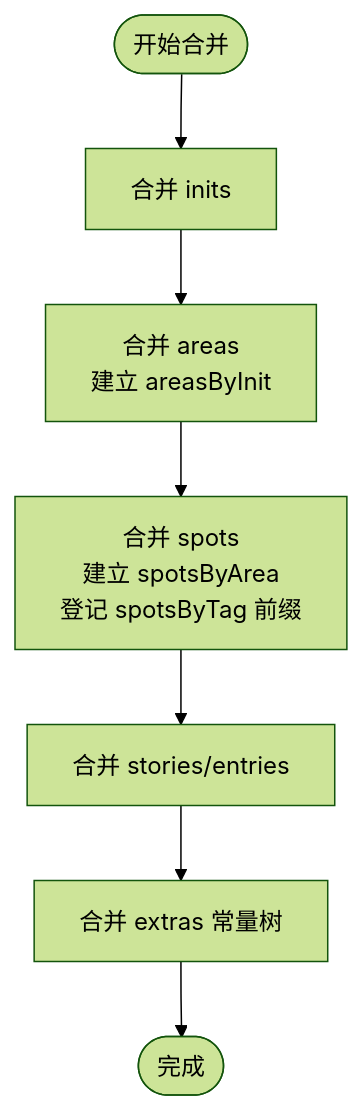
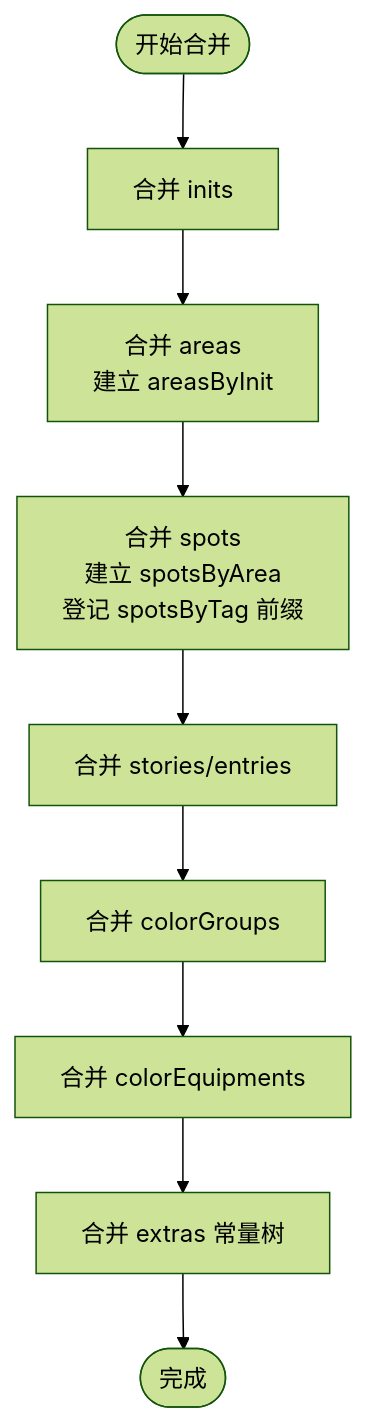
One commit to EsiLA9/Arona-Clicker changed the fourth of 8 diagrams in .qoder/repowiki/zh/content/数据系统/注册表系统.md. Above: the diagram before and after it, drawn with Mermaid (forest theme). The commit also changed other lines of this file and 76 other files, not shown here.

````diff
--- a/.qoder/repowiki/zh/content/数据系统/注册表系统.md
+++ b/.qoder/repowiki/zh/content/数据系统/注册表系统.md
@@ -159,9 +183,11 @@
 ```mermaid
 flowchart TD
 Start(["开始合并"]) --> Inits["合并 inits"]
 Inits --> Areas["合并 areas<br/>建立 areasByInit"]
 Areas --> Spots["合并 spots<br/>建立 spotsByArea<br/>登记 spotsByTag 前缀"]
 Spots --> Stories["合并 stories/entries"]
-Stories --> Extras["合并 extras 常量树"]
+Stories --> ColorGroups["合并 colorGroups"]
+ColorGroups --> ColorEquipments["合并 colorEquipments"]
+ColorEquipments --> Extras["合并 extras 常量树"]
 Extras --> End(["完成"])
 ```
````
